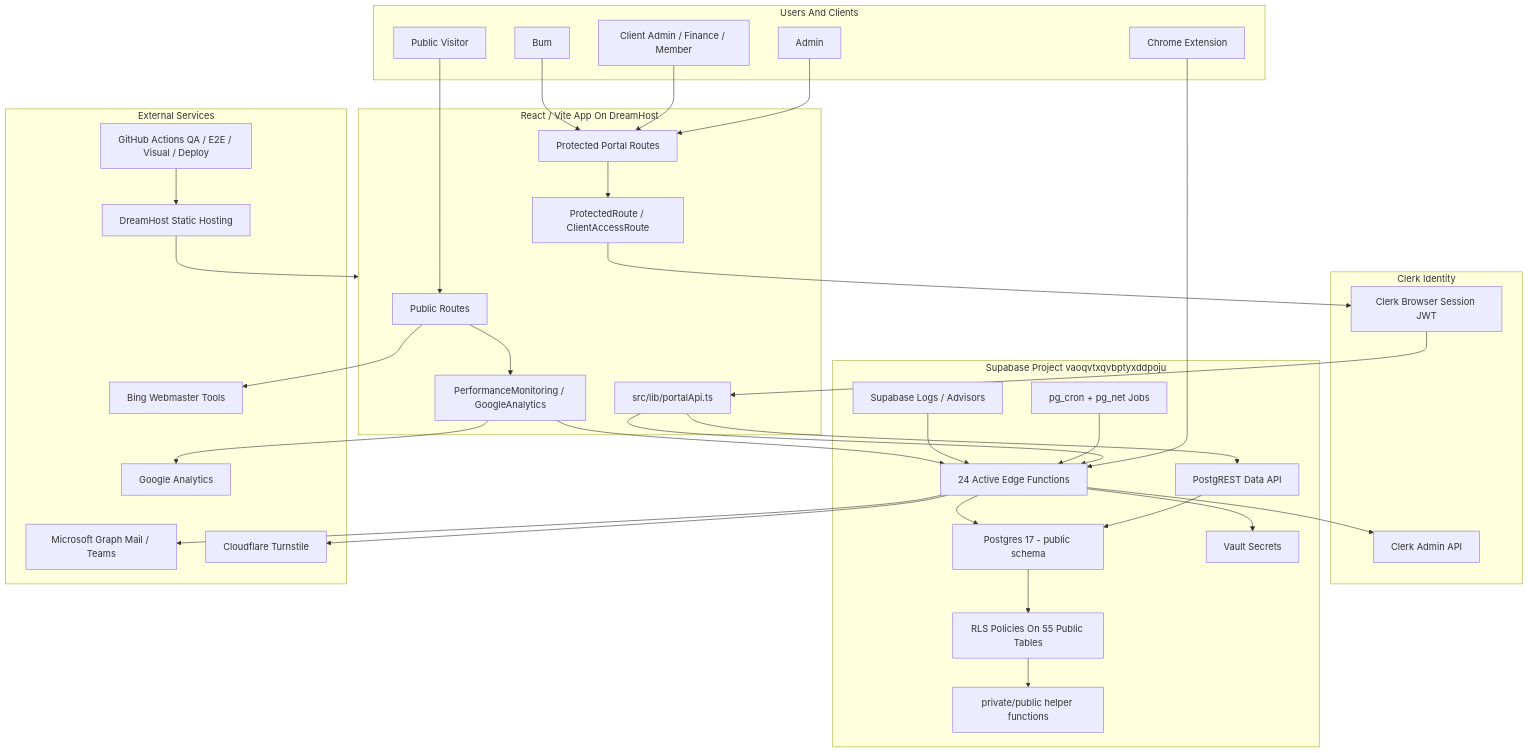
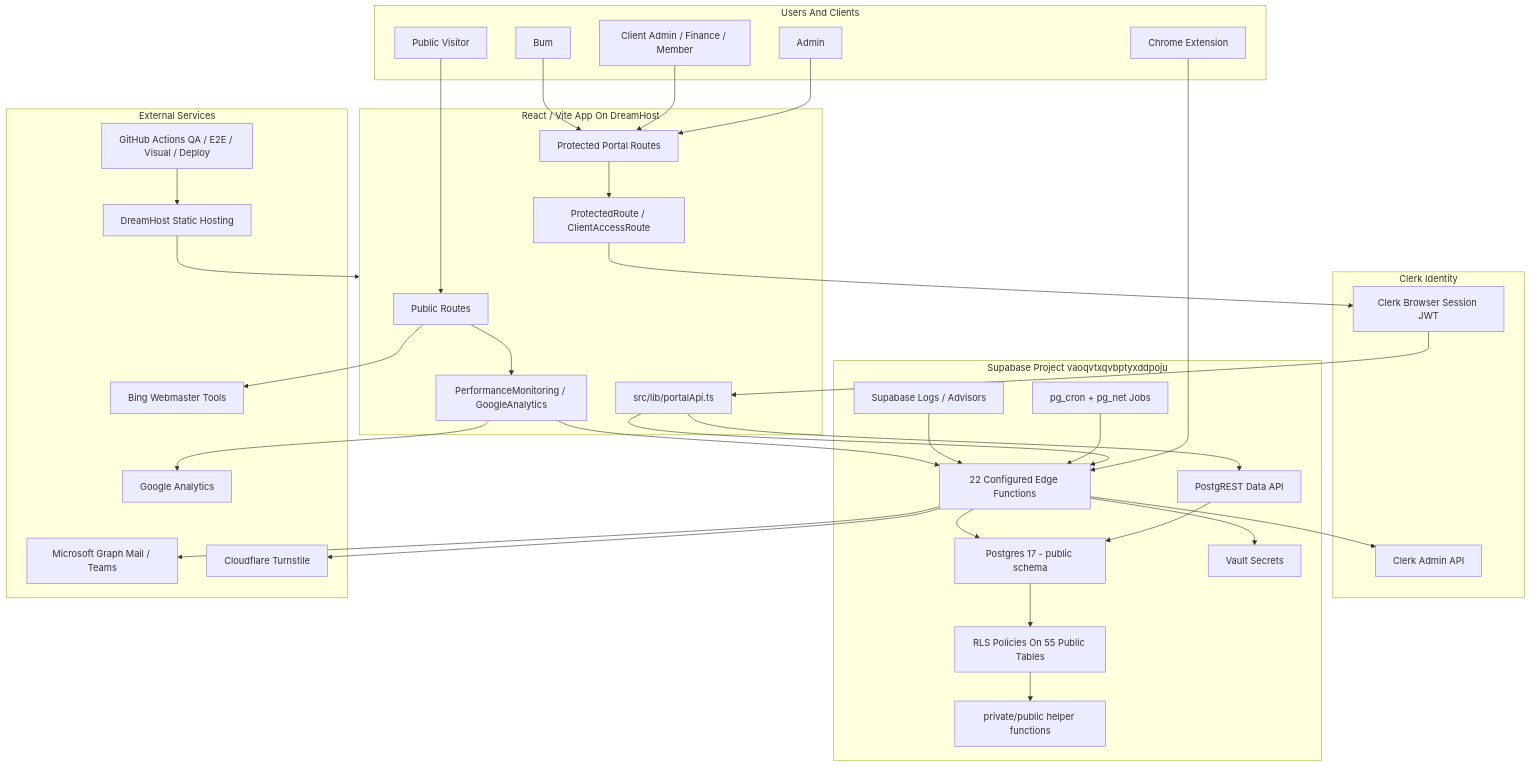
Before and after one commit to pidpoddev/trustedbums: the first of 2 diagrams in docs/technology-architecture-backlog.md, drawn with Mermaid. The commit also changed other lines of this file and 7 other files, not shown here.

````diff
--- a/docs/technology-architecture-backlog.md
+++ b/docs/technology-architecture-backlog.md
@@ -13,72 +13,72 @@
 ```mermaid
 flowchart TB
   subgraph Users["Users And Clients"]
     Public["Public Visitor"]
     Admin["Admin"]
     Client["Client Admin / Finance / Member"]
     Bum["Bum"]
     Extension["Chrome Extension"]
   end
 
   subgraph Frontend["React / Vite App On DreamHost"]
     PublicRoutes["Public Routes"]
     PortalRoutes["Protected Portal Routes"]
     RouteGuards["ProtectedRoute / ClientAccessRoute"]
     PortalApi["src/lib/portalApi.ts"]
     Telemetry["PerformanceMonitoring / GoogleAnalytics"]
   end
 
   subgraph Identity["Clerk Identity"]
     ClerkSession["Clerk Browser Session JWT"]
     ClerkAdmin["Clerk Admin API"]
   end
 
   subgraph Supabase["Supabase Project vaoqvtxqvbptyxddpoju"]
     DataApi["PostgREST Data API"]
     Pg["Postgres 17 - public schema"]
     RLS["RLS Policies On 55 Public Tables"]
     PrivateHelpers["private/public helper functions"]
-    Edge["24 Active Edge Functions"]
+    Edge["22 Configured Edge Functions"]
     Cron["pg_cron + pg_net Jobs"]
     Vault["Vault Secrets"]
     Logs["Supabase Logs / Advisors"]
   end
 
   subgraph External["External Services"]
     Microsoft["Microsoft Graph Mail / Teams"]
     Turnstile["Cloudflare Turnstile"]
     GA["Google Analytics"]
     Bing["Bing Webmaster Tools"]
     GitHub["GitHub Actions QA / E2E / Visual / Deploy"]
     DreamHost["DreamHost Static Hosting"]
   end
 
   Public --> PublicRoutes
   Admin --> PortalRoutes
   Client --> PortalRoutes
   Bum --> PortalRoutes
   Extension --> Edge
 
   PublicRoutes --> Telemetry
   PortalRoutes --> RouteGuards
   RouteGuards --> ClerkSession
   ClerkSession --> PortalApi
   PortalApi --> DataApi
   PortalApi --> Edge
 
   DataApi --> Pg
   Pg --> RLS
   RLS --> PrivateHelpers
   Edge --> Pg
   Edge --> ClerkAdmin
   Edge --> Microsoft
   Edge --> Turnstile
   Edge --> Vault
   Cron --> Edge
   Logs --> Edge
   GitHub --> DreamHost
   DreamHost --> Frontend
   Telemetry --> GA
   Telemetry --> Edge
   PublicRoutes --> Bing
 ```
````
